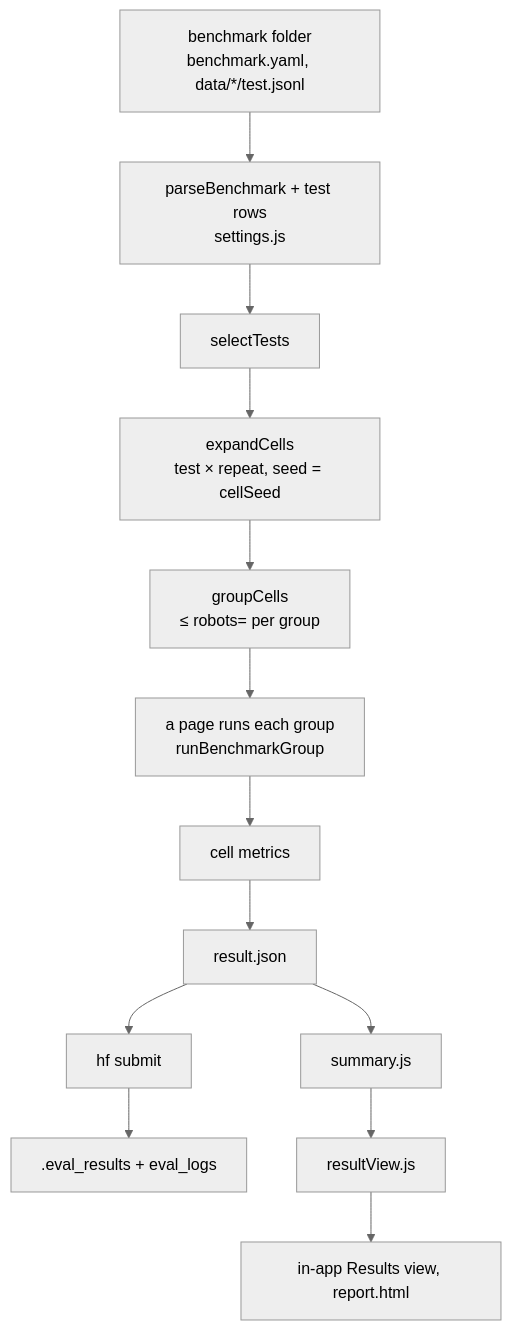
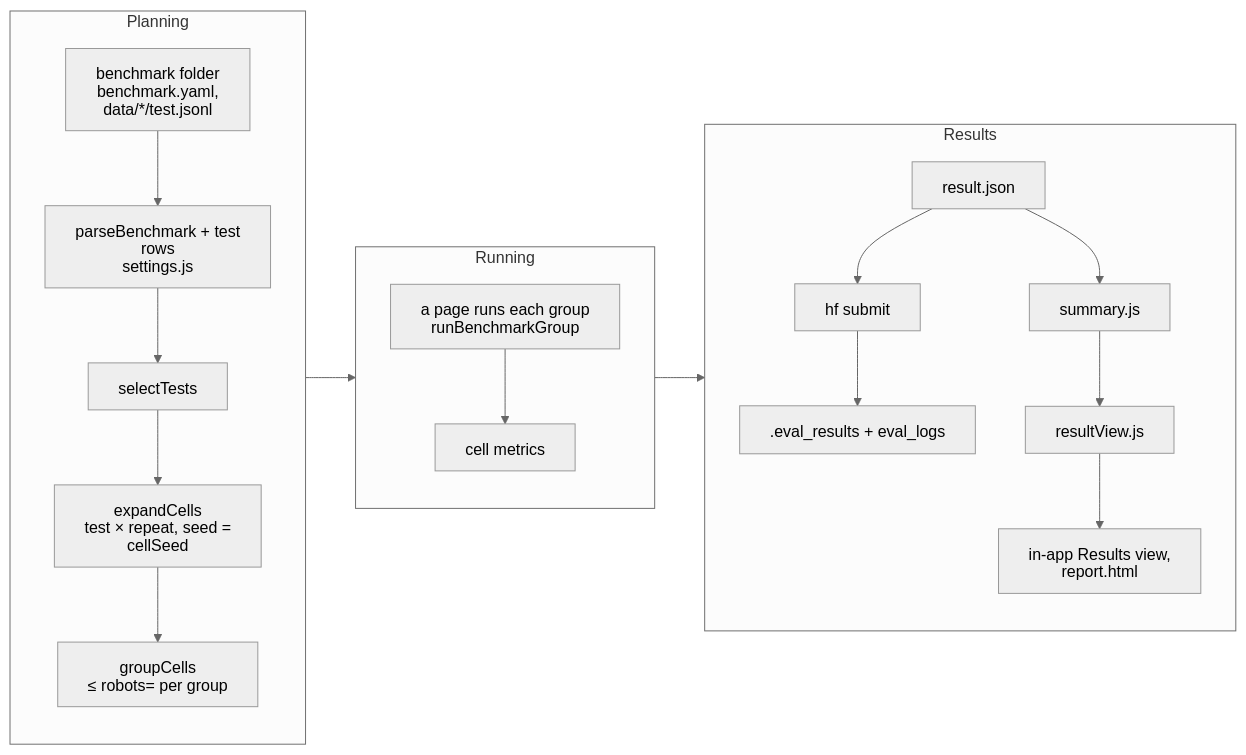
One commit to menloresearch/humanoid-policy-viewer changed the second of 2 diagrams in docs/architecture.md. Above: the diagram before and after it, drawn with Mermaid (neutral theme). The commit also changed other lines of this file, not shown here.

Commit message:
docs: mermaid diagrams use svg labels to stop clipping; benchmark-to-leaderboard flows left to right

````diff
--- a/docs/architecture.md
+++ b/docs/architecture.md
@@ -136,15 +140,27 @@
 ```mermaid
-flowchart TD
-    folder["benchmark folder<br/>benchmark.yaml, data/*/test.jsonl"] --> parse["parseBenchmark + test rows<br/>settings.js"]
-    parse --> select[selectTests]
-    select --> expand["expandCells<br/>test × repeat, seed = cellSeed"]
-    expand --> group["groupCells<br/>≤ robots= per group"]
-    group --> run["a page runs each group<br/>runBenchmarkGroup"]
-    run --> cells[cell metrics]
-    cells --> result[result.json]
-    result --> submit[hf submit]
-    submit --> eval[".eval_results + eval_logs"]
-    result --> summary[summary.js]
-    summary --> view[resultView.js]
-    view --> views["in-app Results view, report.html"]
+---
+config:
+  htmlLabels: false
+---
+flowchart LR
+    subgraph planning["Planning"]
+        direction TB
+        folder["benchmark folder<br/>benchmark.yaml, data/*/test.jsonl"] --> parse["parseBenchmark + test rows<br/>settings.js"]
+        parse --> select[selectTests]
+        select --> expand["expandCells<br/>test × repeat, seed = cellSeed"]
+        expand --> group["groupCells<br/>≤ robots= per group"]
+    end
+    subgraph running["Running"]
+        direction TB
+        run["a page runs each group<br/>runBenchmarkGroup"] --> cells[cell metrics]
+    end
+    subgraph results["Results"]
+        direction TB
+        result[result.json] --> submit[hf submit]
+        submit --> eval[".eval_results + eval_logs"]
+        result --> summary[summary.js]
+        summary --> view[resultView.js]
+        view --> views["in-app Results view, report.html"]
+    end
+    planning --> running --> results
 ```
````
